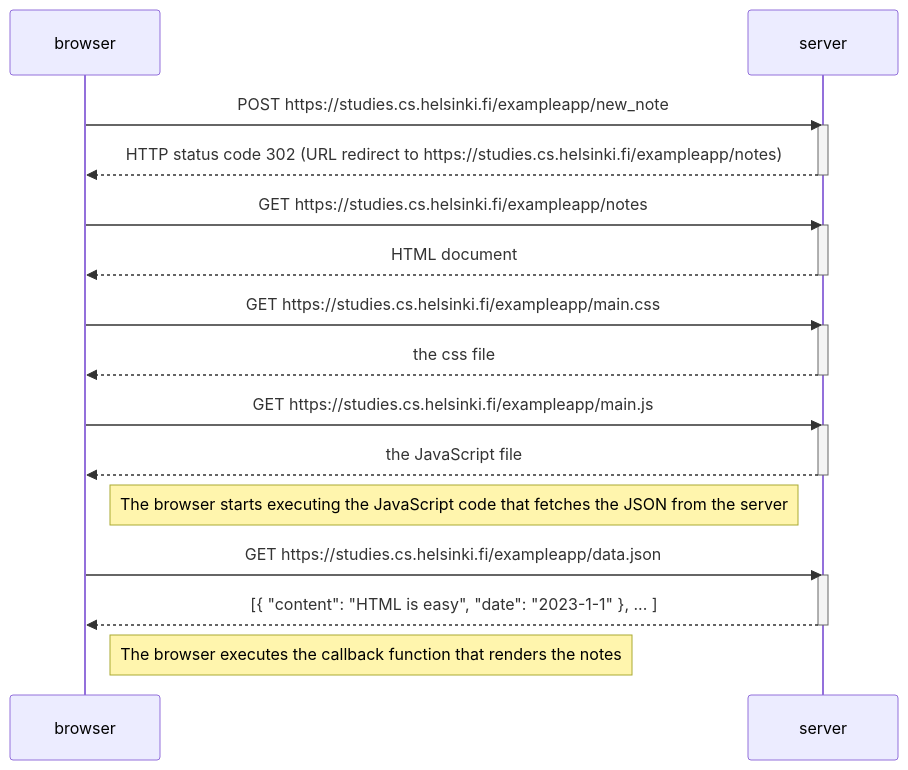
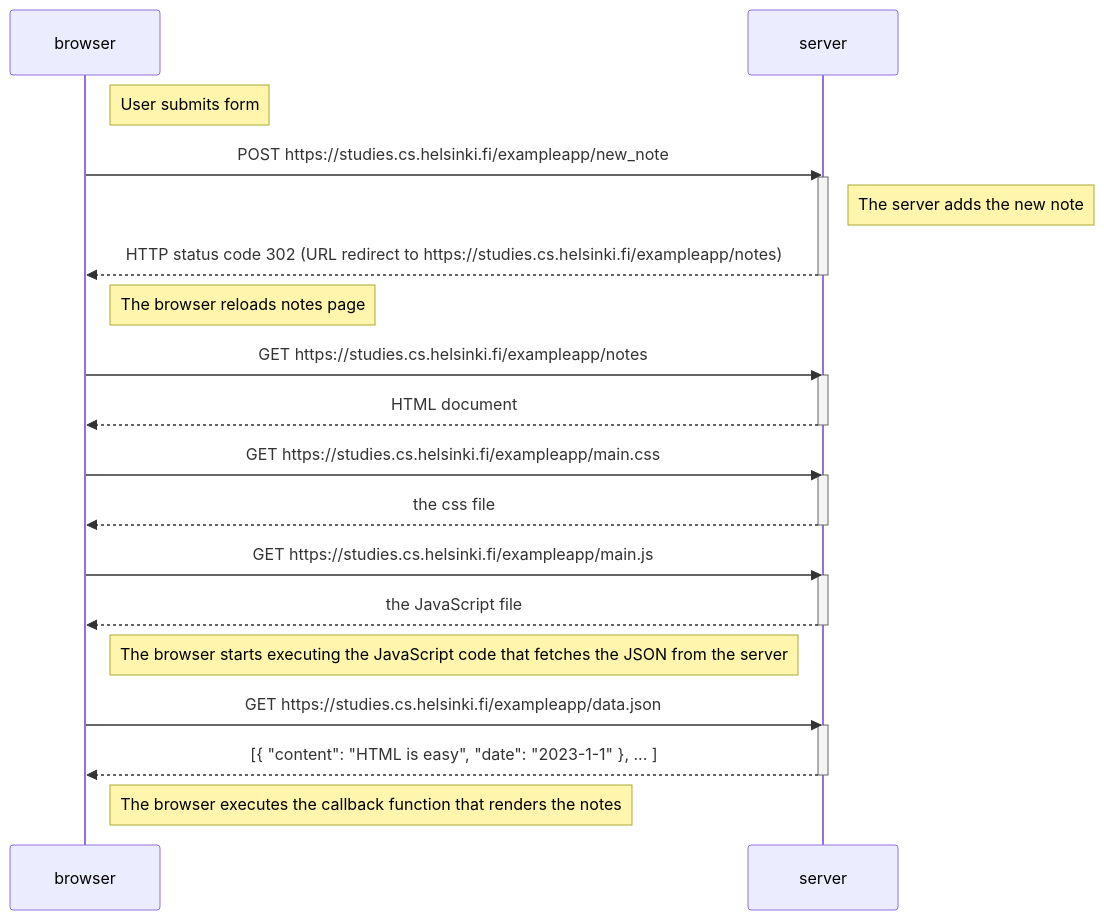
Before and after one commit to lalo-laf/fullstackopen: the diagram in part0/diagram.md, drawn with Mermaid.

Commit message:
agrego detalles

````diff
--- a/part0/diagram.md
+++ b/part0/diagram.md
@@ -1,34 +1,41 @@
 ```mermaid
 sequenceDiagram
     participant browser
     participant server
 
+    Note right of browser: User submits form
+
     browser->>server: POST https://studies.cs.helsinki.fi/exampleapp/new_note
     activate server
+
+    Note right of server: The server adds the new note
+
     server-->>browser: HTTP status code 302 (URL redirect to https://studies.cs.helsinki.fi/exampleapp/notes)
     deactivate server
+
+    Note right of browser: The browser reloads notes page
 
     browser->>server: GET https://studies.cs.helsinki.fi/exampleapp/notes
     activate server
     server-->>browser: HTML document
     deactivate server
 
     browser->>server: GET https://studies.cs.helsinki.fi/exampleapp/main.css
     activate server
     server-->>browser: the css file
     deactivate server
 
     browser->>server: GET https://studies.cs.helsinki.fi/exampleapp/main.js
     activate server
     server-->>browser: the JavaScript file
     deactivate server
 
     Note right of browser: The browser starts executing the JavaScript code that fetches the JSON from the server
 
     browser->>server: GET https://studies.cs.helsinki.fi/exampleapp/data.json
     activate server
     server-->>browser: [{ "content": "HTML is easy", "date": "2023-1-1" }, ... ]
     deactivate server
 
     Note right of browser: The browser executes the callback function that renders the notes
 ```
````
